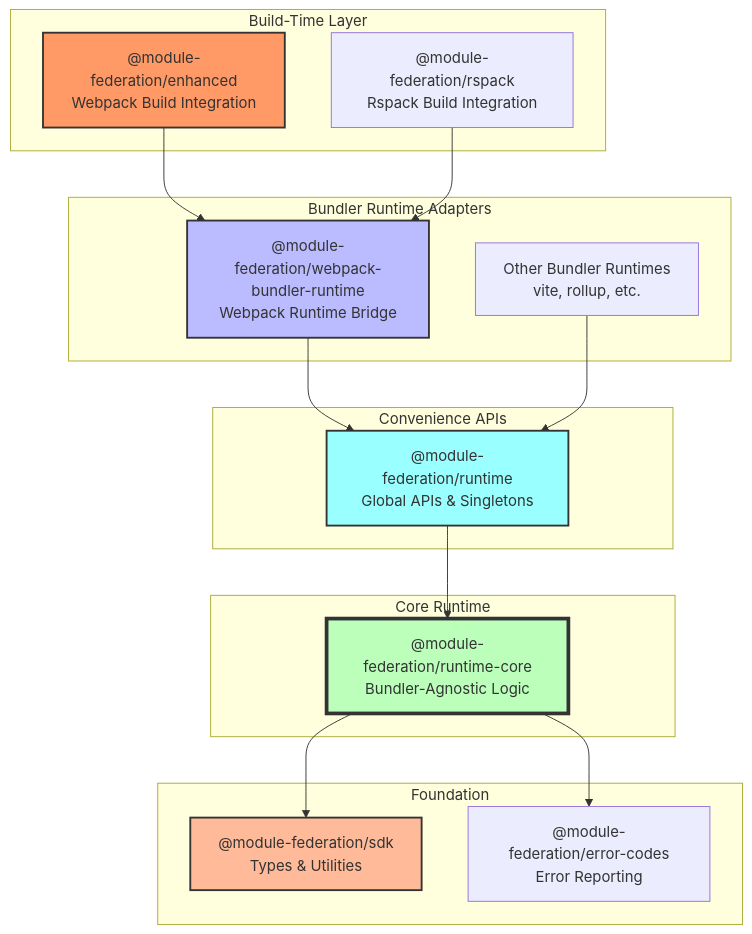
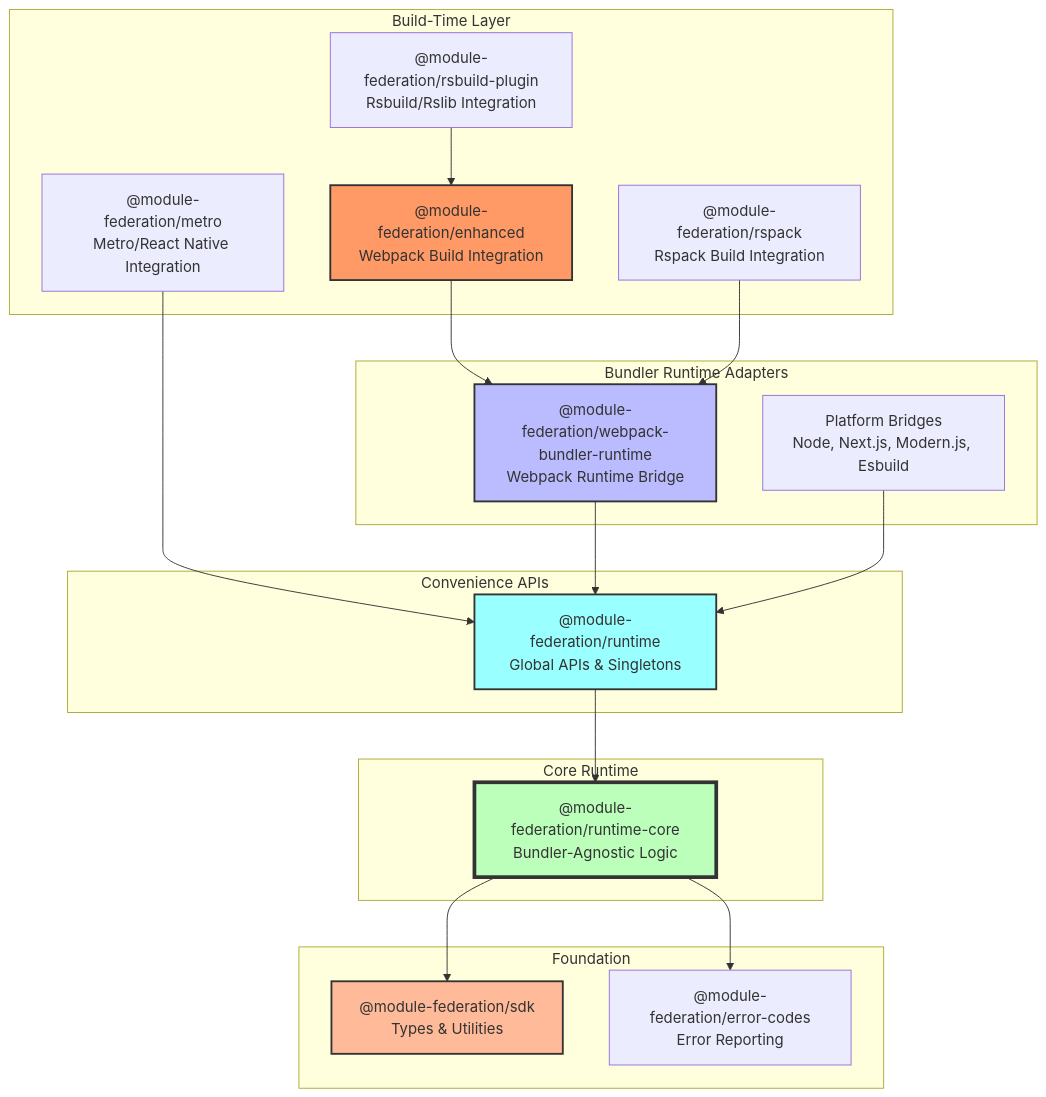
One commit to module-federation/core changed the second of 10 diagrams in arch-doc/architecture-overview.md. Above: the diagram before and after it, drawn with Mermaid. The commit also changed other lines of this file and 32 other files, not shown here.

Commit message:
docs: restructure architecture docs (#4859)

````diff
--- a/arch-doc/architecture-overview.md
+++ b/arch-doc/architecture-overview.md
@@ -18,39 +148,43 @@
 ```mermaid
 graph TB
     subgraph "Build-Time Layer"
         Enhanced["@module-federation/enhanced<br/>Webpack Build Integration"]
         Rspack["@module-federation/rspack<br/>Rspack Build Integration"]
+        Rsbuild["@module-federation/rsbuild-plugin<br/>Rsbuild/Rslib Integration"]
+        Metro["@module-federation/metro<br/>Metro/React Native Integration"]
     end
-    
+
     subgraph "Bundler Runtime Adapters"
         WebpackRuntime["@module-federation/webpack-bundler-runtime<br/>Webpack Runtime Bridge"]
-        OtherRuntimes["Other Bundler Runtimes<br/>vite, rollup, etc."]
+        OtherRuntimes["Platform Bridges<br/>Node, Next.js, Modern.js, Esbuild"]
     end
-    
+
     subgraph "Convenience APIs"
         Runtime["@module-federation/runtime<br/>Global APIs & Singletons"]
     end
-    
+
     subgraph "Core Runtime"
         RuntimeCore["@module-federation/runtime-core<br/>Bundler-Agnostic Logic"]
     end
-    
+
     subgraph "Foundation"
         SDK["@module-federation/sdk<br/>Types & Utilities"]
         ErrorCodes["@module-federation/error-codes<br/>Error Reporting"]
     end
-    
+
     Enhanced --> WebpackRuntime
     Rspack --> WebpackRuntime
+    Rsbuild --> Enhanced
+    Metro --> Runtime
     WebpackRuntime --> Runtime
     OtherRuntimes --> Runtime
     Runtime --> RuntimeCore
     RuntimeCore --> SDK
     RuntimeCore --> ErrorCodes
-    
+
     style Enhanced fill:#f96,stroke:#333,stroke-width:2px
     style WebpackRuntime fill:#bbf,stroke:#333,stroke-width:2px
     style Runtime fill:#9ff,stroke:#333,stroke-width:2px
     style RuntimeCore fill:#bfb,stroke:#333,stroke-width:4px
     style SDK fill:#fb9,stroke:#333,stroke-width:2px
 ```
````
